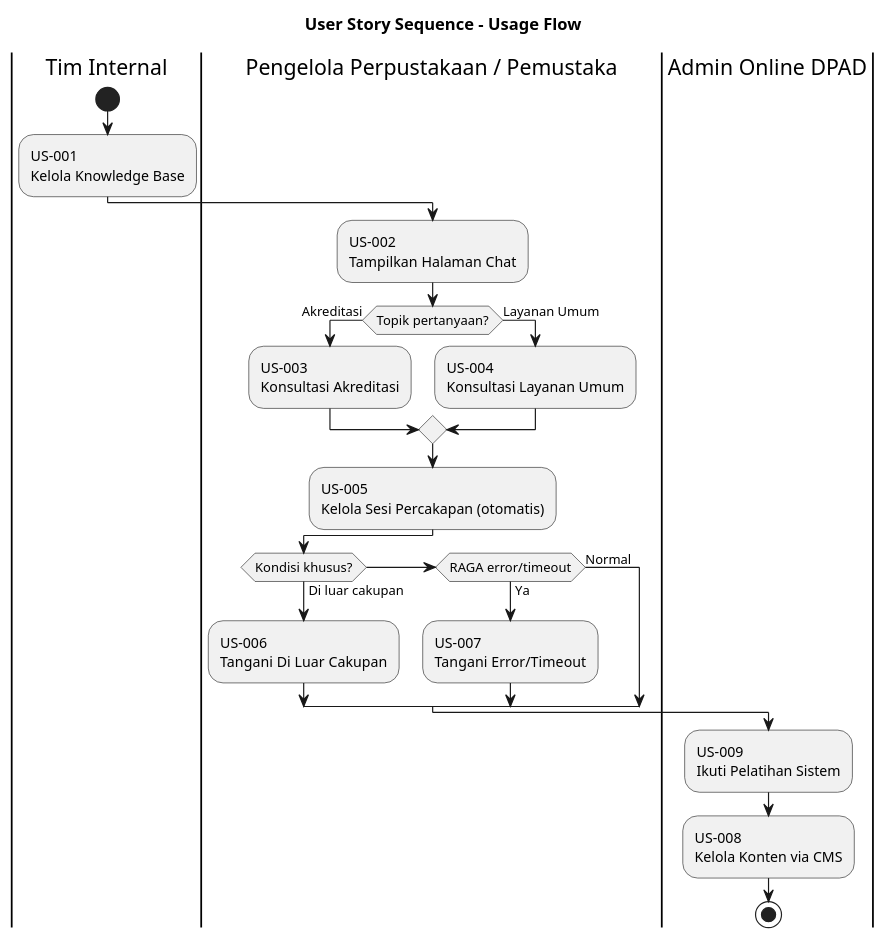
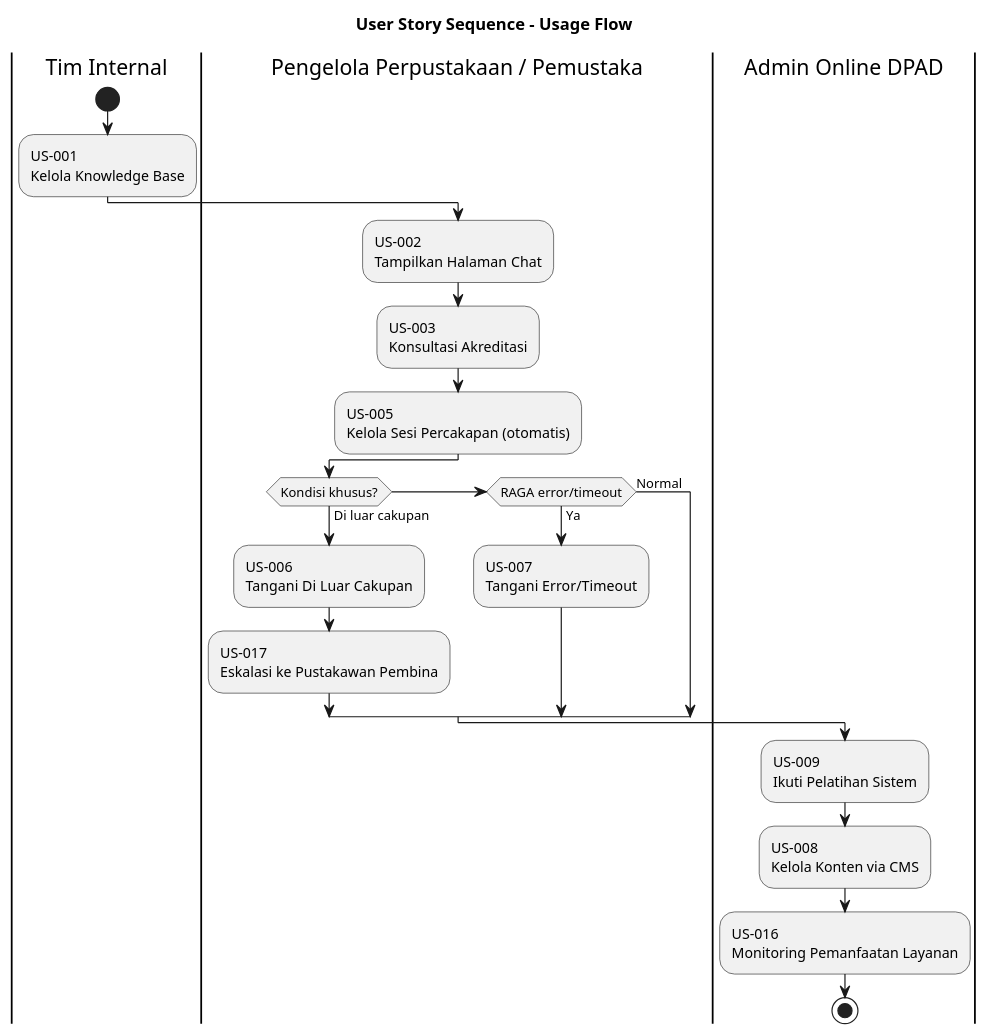
The second of 12 diagrams in knowledge/projects/dpad-chatbot/source-docs/system-analysis/09_UserStory_Mapping.md (yudha-tlab/ai-os-knowledge), drawn with PlantUML before and after one commit. The commit also changed other lines of this file and 11 other files, not shown here.

````diff
--- a/knowledge/projects/dpad-chatbot/source-docs/system-analysis/09_UserStory_Mapping.md
+++ b/knowledge/projects/dpad-chatbot/source-docs/system-analysis/09_UserStory_Mapping.md
@@ -355,34 +403,32 @@
 ```plantuml
 @startuml
 title User Story Sequence - Usage Flow
 
 |Tim Internal|
 start
 :US-001\nKelola Knowledge Base;
 
 |Pengelola Perpustakaan / Pemustaka|
 :US-002\nTampilkan Halaman Chat;
 
-if (Topik pertanyaan?) then (Akreditasi)
-  :US-003\nKonsultasi Akreditasi;
-else (Layanan Umum)
-  :US-004\nKonsultasi Layanan Umum;
-endif
+:US-003\nKonsultasi Akreditasi;
 
 :US-005\nKelola Sesi Percakapan (otomatis);
 
 if (Kondisi khusus?) then (Di luar cakupan)
   :US-006\nTangani Di Luar Cakupan;
+  :US-017\nEskalasi ke Pustakawan Pembina;
 elseif (RAGA error/timeout) then (Ya)
   :US-007\nTangani Error/Timeout;
 else (Normal)
 endif
 
 |Admin Online DPAD|
 :US-009\nIkuti Pelatihan Sistem;
 :US-008\nKelola Konten via CMS;
+:US-016\nMonitoring Pemanfaatan Layanan;
 
 stop
 
 @enduml
 ```
````
